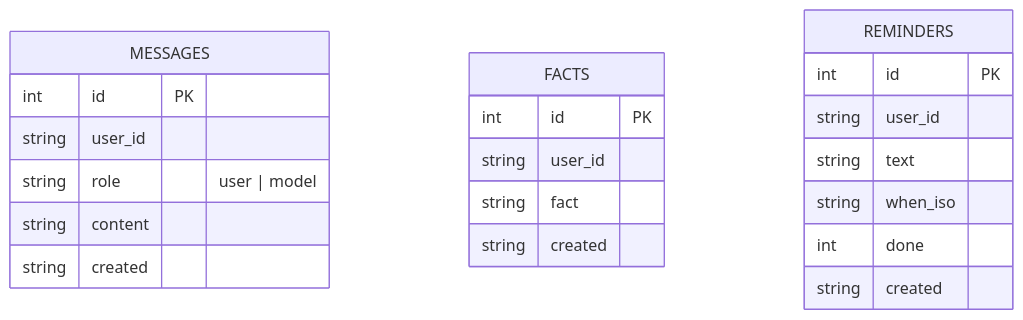
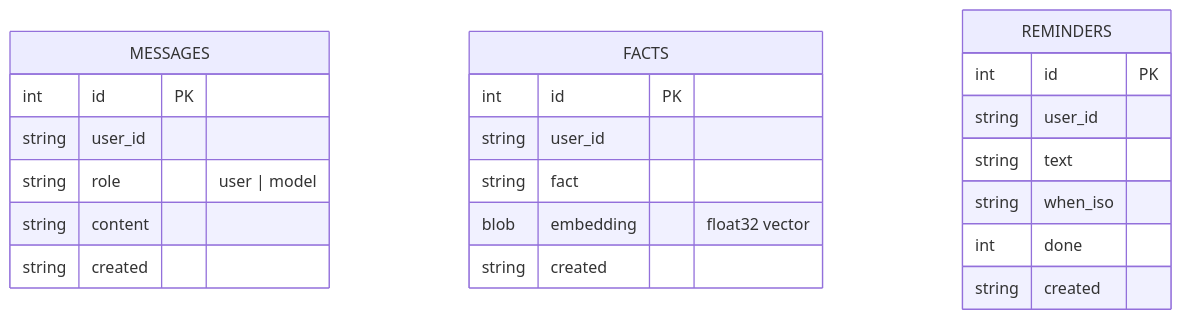
The third of 4 diagrams in docs/architecture.md (Ryanditko/E.V), drawn with Mermaid before and after one commit. The commit also changed other lines of this file and 13 other files, not shown here.

````diff
--- a/docs/architecture.md
+++ b/docs/architecture.md
@@ -79,24 +90,25 @@
 ```mermaid
 erDiagram
     MESSAGES {
         int id PK
         string user_id
         string role "user | model"
         string content
         string created
     }
     FACTS {
         int id PK
         string user_id
         string fact
+        blob embedding "float32 vector"
         string created
     }
     REMINDERS {
         int id PK
         string user_id
         string text
         string when_iso
         int done
         string created
     }
 ```
````
